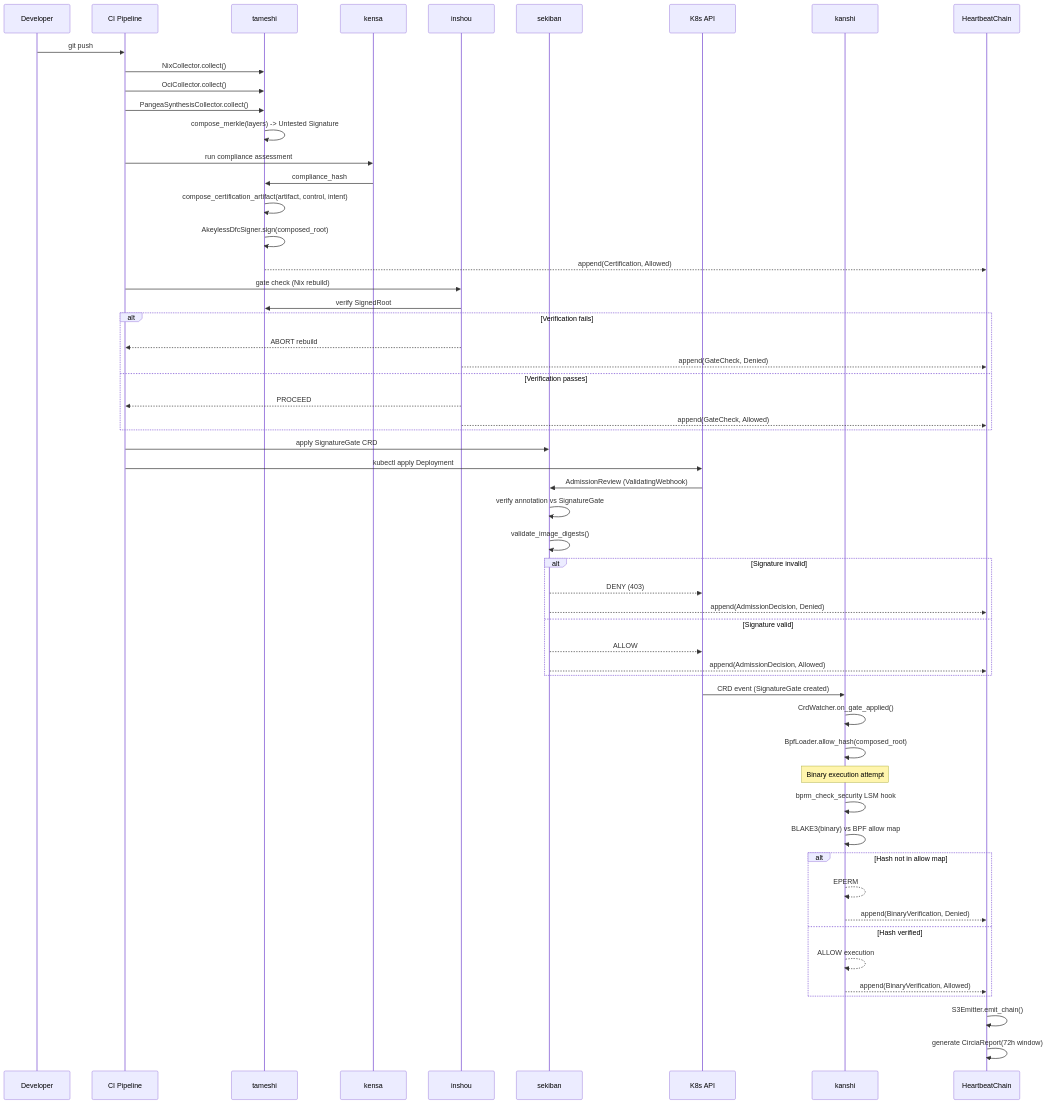
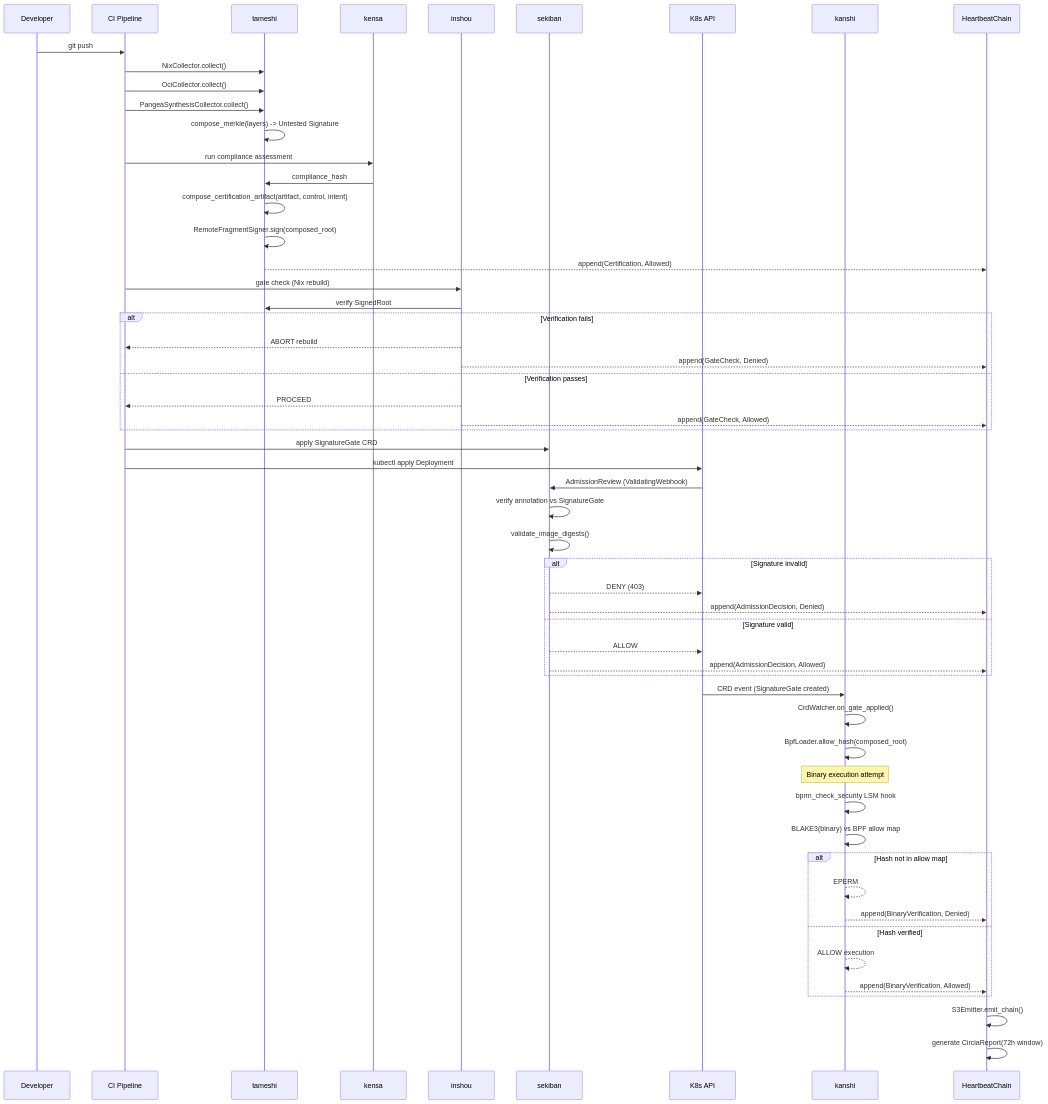
Before and after one commit to pleme-io/tameshi: the second of 2 diagrams in ARCHITECTURE.md, drawn with Mermaid. The commit also changed other lines of this file and 76 other files, not shown here.

First line of the commit message:
Rename secrets-manager and fragment-signer items to generic names

````diff
--- a/ARCHITECTURE.md
+++ b/ARCHITECTURE.md
@@ -487,64 +487,64 @@
 ```mermaid
 sequenceDiagram
     participant Dev as Developer
     participant CI as CI Pipeline
     participant Tam as tameshi
     participant Ken as kensa
     participant Ins as inshou
     participant Sek as sekiban
     participant K8s as K8s API
     participant Kan as kanshi
     participant HB as HeartbeatChain
 
     Dev->>CI: git push
     CI->>Tam: NixCollector.collect()
     CI->>Tam: OciCollector.collect()
     CI->>Tam: PangeaSynthesisCollector.collect()
     Tam->>Tam: compose_merkle(layers) -> Untested Signature
     CI->>Ken: run compliance assessment
     Ken->>Tam: compliance_hash
     Tam->>Tam: compose_certification_artifact(artifact, control, intent)
-    Tam->>Tam: AkeylessDfcSigner.sign(composed_root)
+    Tam->>Tam: RemoteFragmentSigner.sign(composed_root)
     Tam-->>HB: append(Certification, Allowed)
 
     CI->>Ins: gate check (Nix rebuild)
     Ins->>Tam: verify SignedRoot
     alt Verification fails
         Ins-->>CI: ABORT rebuild
         Ins-->>HB: append(GateCheck, Denied)
     else Verification passes
         Ins-->>CI: PROCEED
         Ins-->>HB: append(GateCheck, Allowed)
     end
 
     CI->>Sek: apply SignatureGate CRD
     CI->>K8s: kubectl apply Deployment
     K8s->>Sek: AdmissionReview (ValidatingWebhook)
     Sek->>Sek: verify annotation vs SignatureGate
     Sek->>Sek: validate_image_digests()
     alt Signature invalid
         Sek-->>K8s: DENY (403)
         Sek-->>HB: append(AdmissionDecision, Denied)
     else Signature valid
         Sek-->>K8s: ALLOW
         Sek-->>HB: append(AdmissionDecision, Allowed)
     end
 
     K8s->>Kan: CRD event (SignatureGate created)
     Kan->>Kan: CrdWatcher.on_gate_applied()
     Kan->>Kan: BpfLoader.allow_hash(composed_root)
 
     Note over Kan: Binary execution attempt
     Kan->>Kan: bprm_check_security LSM hook
     Kan->>Kan: BLAKE3(binary) vs BPF allow map
     alt Hash not in allow map
         Kan-->>Kan: EPERM
         Kan-->>HB: append(BinaryVerification, Denied)
     else Hash verified
         Kan-->>Kan: ALLOW execution
         Kan-->>HB: append(BinaryVerification, Allowed)
     end
 
     HB->>HB: S3Emitter.emit_chain()
     HB->>HB: generate CirciaReport(72h window)
 ```
````
